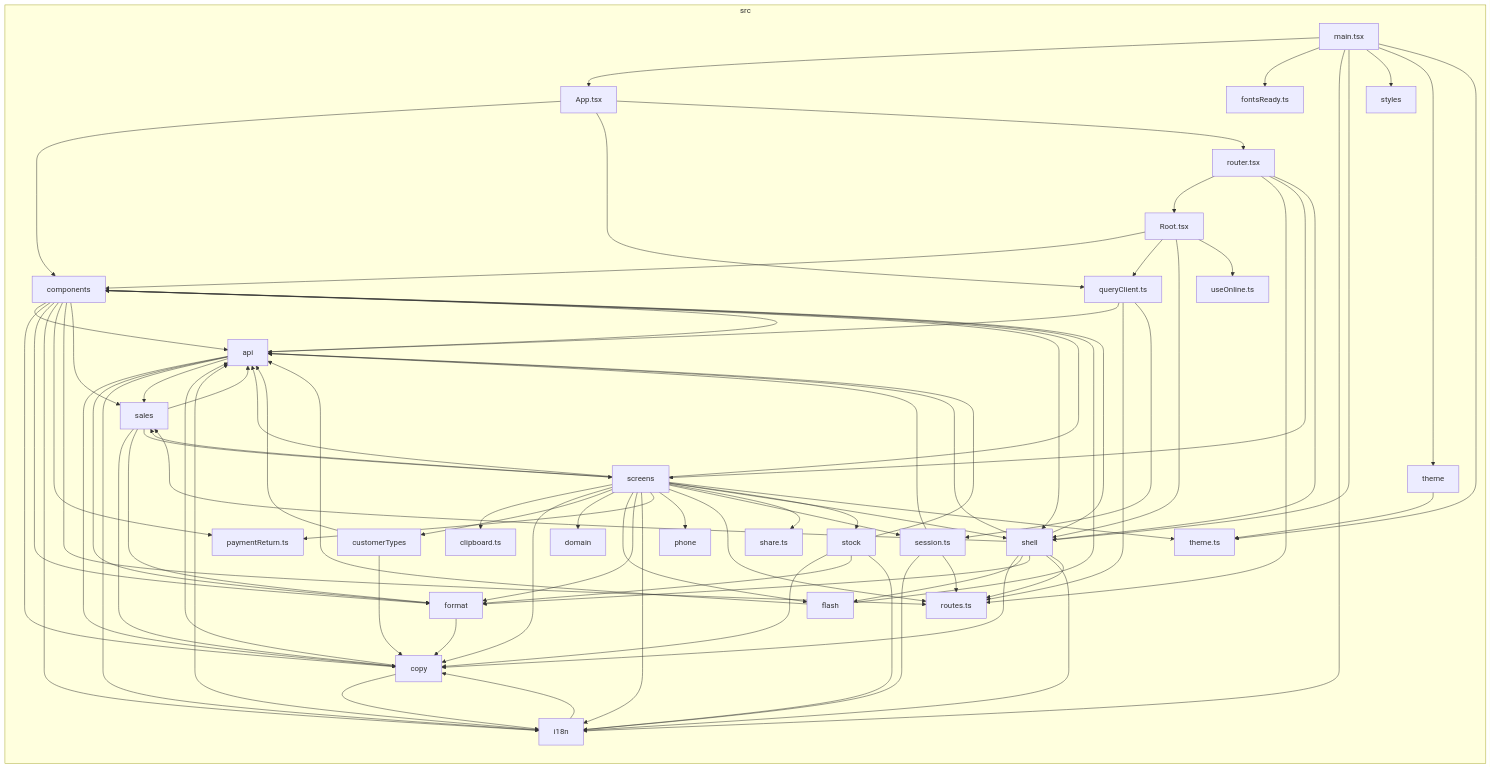
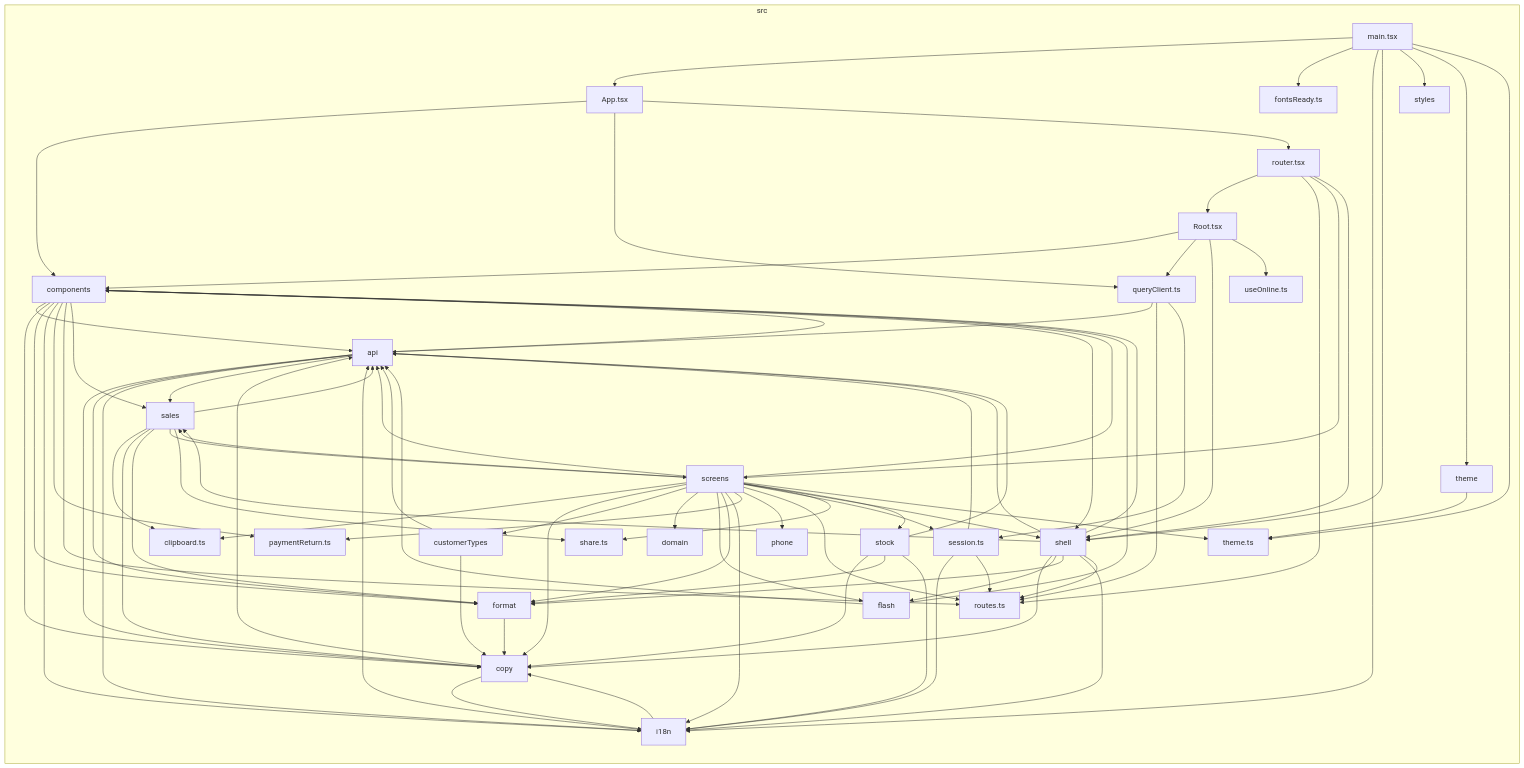
The diagram in docs/architecture/generated/front-modules/overview.md (GonzaloZevallos/apostrophe), drawn with Mermaid before and after one commit. The commit also changed 1 other file, not shown here.

Commit message:
chore(docs): regenerate [skip ci]

```diff
--- a/docs/architecture/generated/front-modules/overview.md
+++ b/docs/architecture/generated/front-modules/overview.md
@@ -80,9 +80,11 @@
 src_router_tsx-->src_screens
 src_router_tsx-->src_shell
 src_sales-->src_api
+src_sales-->src_clipboard_ts
 src_sales-->src_copy
 src_sales-->src_format
 src_sales-->src_screens
+src_sales-->src_share_ts
 src_screens-->src_api
 src_screens-->src_clipboard_ts
 src_screens-->src_components
```
